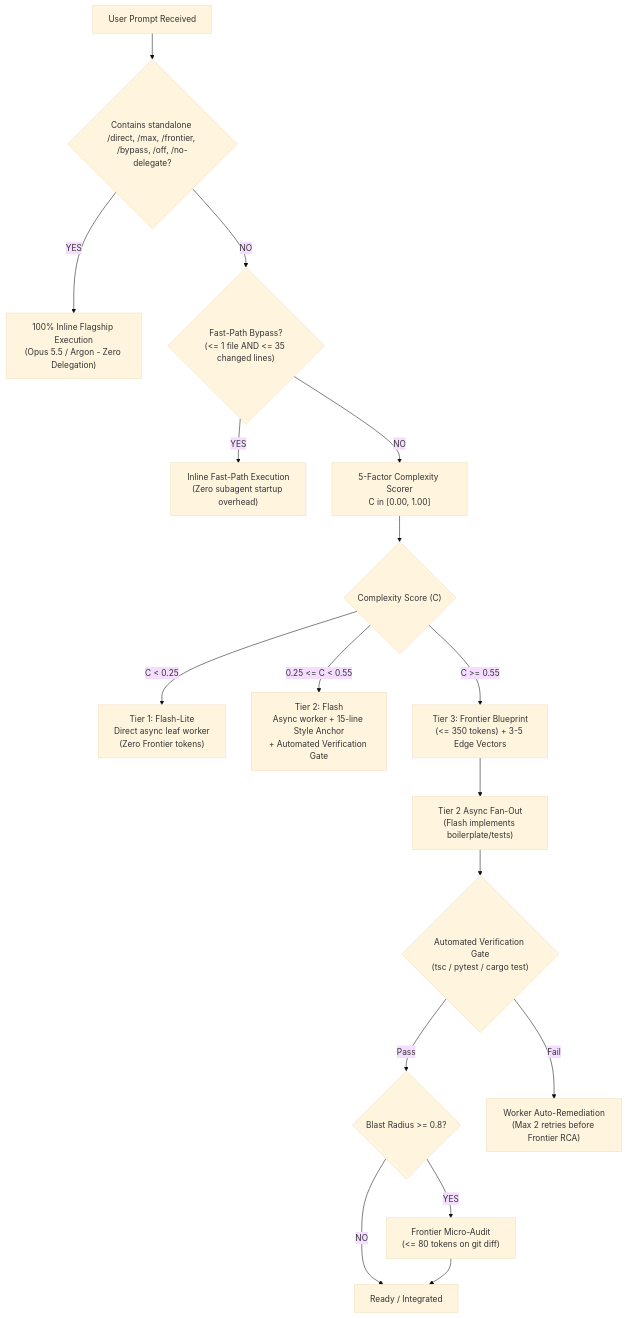
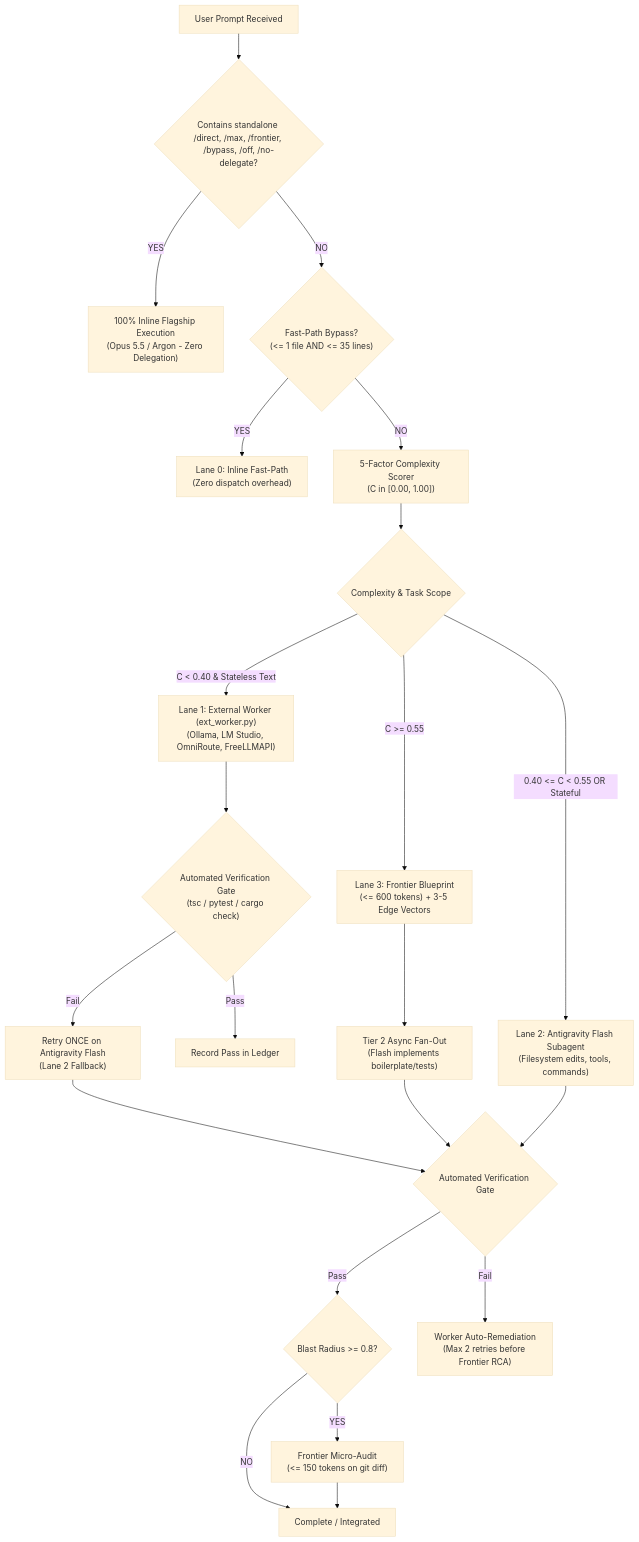
One commit to KleiinMoretti/frontier-guard-handoff changed the diagram in README.md. Above: the diagram before and after it, drawn with Mermaid (base theme). The commit also changed other lines of this file and 6 other files, not shown here.

Commit message:
feat(v4.0): external worker lane (OmniRoute/FreeLLMAPI/Ollama) + quality guard

````diff
--- a/README.md
+++ b/README.md
@@ -17,25 +19,32 @@
 ```mermaid
 flowchart TD
     UserPrompt["User Prompt Received"] --> KillSwitchCheck{"Contains standalone /direct, /max, /frontier, /bypass, /off, /no-delegate?"}
     
-    KillSwitchCheck -- "YES" --> InlineDirect["100% Inline Flagship Execution\n(Opus 5.5 / Argon - Zero Delegation)"]
-    KillSwitchCheck -- "NO" --> FastPathCheck{"Fast-Path Bypass?\n(<= 1 file AND <= 35 changed lines)"}
+    KillSwitchCheck -- "YES" --> InlineDirect["100% Inline Flagship Execution<br>(Opus 5.5 / Argon - Zero Delegation)"]
+    KillSwitchCheck -- "NO" --> FastPathCheck{"Fast-Path Bypass?<br>(<= 1 file AND <= 35 lines)"}
     
-    FastPathCheck -- "YES" --> InlineFast["Inline Fast-Path Execution\n(Zero subagent startup overhead)"]
-    FastPathCheck -- "NO" --> ComplexityScorer["5-Factor Complexity Scorer\nC in [0.00, 1.00]"]
+    FastPathCheck -- "YES" --> InlineFast["Lane 0: Inline Fast-Path<br>(Zero dispatch overhead)"]
+    FastPathCheck -- "NO" --> ComplexityScorer["5-Factor Complexity Scorer<br>(C in [0.00, 1.00])"]
     
-    ComplexityScorer --> TierRouter{"Complexity Score (C)"}
+    ComplexityScorer --> LaneRouter{"Complexity & Task Scope"}
     
-    TierRouter -- "C < 0.25" --> Tier1["Tier 1: Flash-Lite\nDirect async leaf worker\n(Zero Frontier tokens)"]
-    TierRouter -- "0.25 <= C < 0.55" --> Tier2["Tier 2: Flash\nAsync worker + 15-line Style Anchor\n+ Automated Verification Gate"]
-    TierRouter -- "C >= 0.55" --> Tier3["Tier 3: Frontier Blueprint\n(<= 350 tokens) + 3-5 Edge Vectors"]
+    LaneRouter -- "C < 0.40 & Stateless Text" --> Lane1["Lane 1: External Worker (ext_worker.py)<br>(Ollama, LM Studio, OmniRoute, FreeLLMAPI)"]
+    LaneRouter -- "0.40 <= C < 0.55 OR Stateful" --> Lane2["Lane 2: Antigravity Flash Subagent<br>(Filesystem edits, tools, commands)"]
+    LaneRouter -- "C >= 0.55" --> Lane3["Lane 3: Frontier Blueprint<br>(<= 600 tokens) + 3-5 Edge Vectors"]
     
-    Tier3 --> Tier2FanOut["Tier 2 Async Fan-Out\n(Flash implements boilerplate/tests)"]
-    Tier2FanOut --> VerifyGate{"Automated Verification Gate\n(tsc / pytest / cargo test)"}
-    VerifyGate -- "Pass" --> MicroAudit{"Blast Radius >= 0.8?"}
-    VerifyGate -- "Fail" --> WorkerRetry["Worker Auto-Remediation\n(Max 2 retries before Frontier RCA)"]
+    Lane1 --> VerifyGate1{"Automated Verification Gate<br>(tsc / pytest / cargo check)"}
+    VerifyGate1 -- "Pass" --> LedgerPass["Record Pass in Ledger"]
+    VerifyGate1 -- "Fail" --> FlashFallback["Retry ONCE on Antigravity Flash<br>(Lane 2 Fallback)"]
+    FlashFallback --> VerifyGate2{"Automated Verification Gate"}
     
-    MicroAudit -- "YES" --> FrontierAudit["Frontier Micro-Audit\n(<= 80 tokens on git diff)"]
-    MicroAudit -- "NO" --> Complete["Ready / Integrated"]
+    Lane3 --> Lane2FanOut["Tier 2 Async Fan-Out<br>(Flash implements boilerplate/tests)"]
+    Lane2FanOut --> VerifyGate2
+    Lane2 --> VerifyGate2
+    
+    VerifyGate2 -- "Pass" --> MicroAudit{"Blast Radius >= 0.8?"}
+    VerifyGate2 -- "Fail" --> WorkerRetry["Worker Auto-Remediation<br>(Max 2 retries before Frontier RCA)"]
+    
+    MicroAudit -- "YES" --> FrontierAudit["Frontier Micro-Audit<br>(<= 150 tokens on git diff)"]
+    MicroAudit -- "NO" --> Complete["Complete / Integrated"]
     FrontierAudit --> Complete
 ```
````
